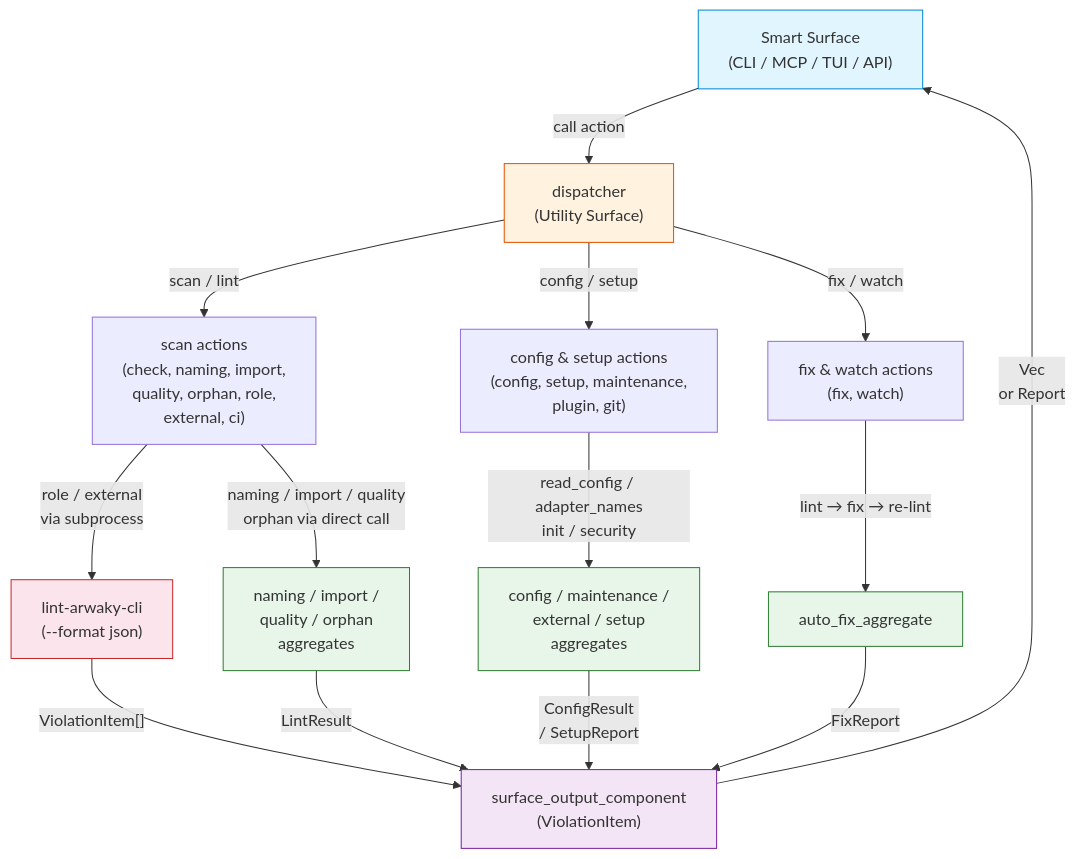
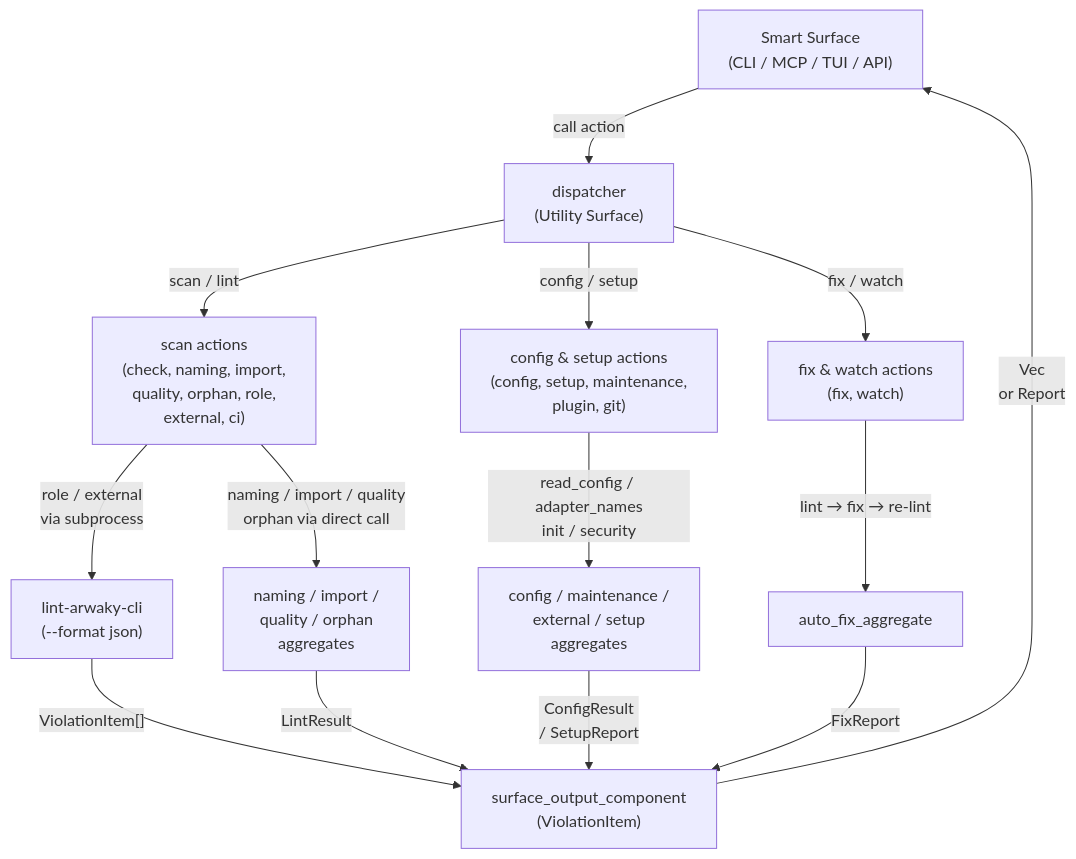
The diagram in crates/dispatcher/FRD.md (rakaarwaky/lint-arwaky), drawn with Mermaid before and after one commit. The commit also changed 19 other files, not shown here.

````diff
--- a/crates/dispatcher/FRD.md
+++ b/crates/dispatcher/FRD.md
@@ -11,28 +11,21 @@
 ```mermaid
 flowchart TD
     A["Smart Surface\n(CLI / MCP / TUI / API)"] -->|"call action"| D["dispatcher\n(Utility Surface)"]
 
     D -->|"scan / lint"| SCAN["scan actions\n(check, naming, import,\nquality, orphan, role,\nexternal, ci)"]
     D -->|"fix / watch"| FIX["fix & watch actions\n(fix, watch)"]
     D -->|"config / setup"| CFG["config & setup actions\n(config, setup, maintenance,\nplugin, git)"]
 
     SCAN -->|"role / external\nvia subprocess"| S["lint-arwaky-cli\n(--format json)"]
     SCAN -->|"naming / import / quality\norphan via direct call"| B1["naming / import /\nquality / orphan\naggregates"]
     CFG -->|"read_config / adapter_names\ninit / security"| B2["config / maintenance /\nexternal / setup\naggregates"]
     FIX -->|"lint → fix → re-lint"| B6["auto_fix_aggregate"]
 
     S -->|"ViolationItem[]"| OUT["surface_output_component\n(ViolationItem)"]
     B1 -->|"LintResult"| OUT
     B2 -->|"ConfigResult\n/ SetupReport"| OUT
     B6 -->|"FixReport"| OUT
 
     OUT -->|"Vec<ViolationItem>\nor Report"| A
 
-    style A fill:#e1f5fe,stroke:#0288d1
-    style D fill:#fff3e0,stroke:#e65100
-    style S fill:#fce4ec,stroke:#c62828
-    style B1 fill:#e8f5e9,stroke:#2e7d32
-    style B2 fill:#e8f5e9,stroke:#2e7d32
-    style B6 fill:#e8f5e9,stroke:#2e7d32
-    style OUT fill:#f3e5f5,stroke:#7b1fa2
 ```
````
